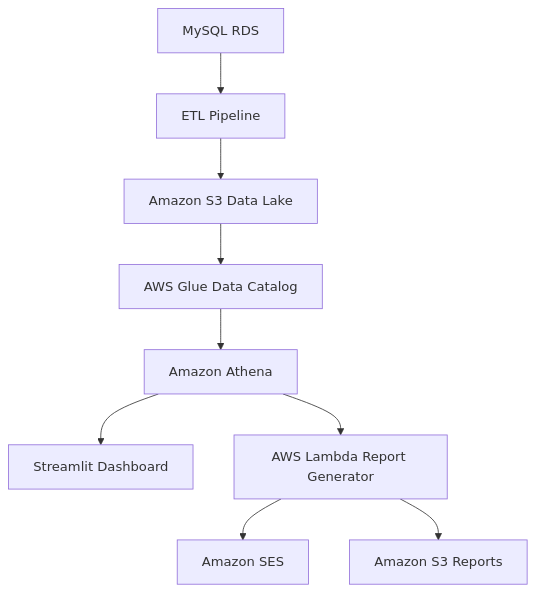
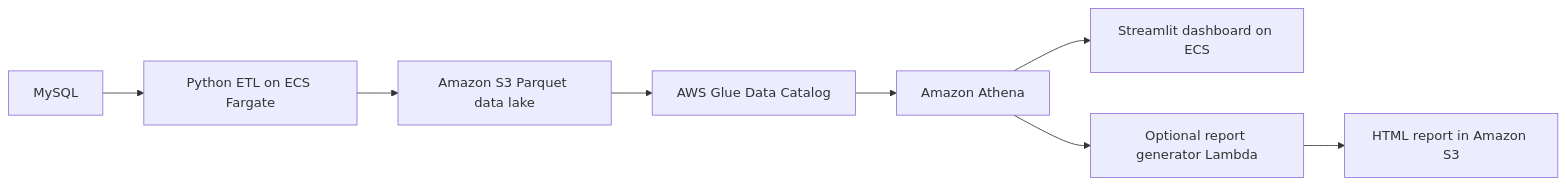
One commit to Nassim-Assassi/Catering-Fleet-Data-Migration-and-Analytics-Platform changed the diagram in README.md. Above: the diagram before and after it, drawn with Mermaid. The commit also changed other lines of this file and 5 other files, not shown here.

````diff
--- a/README.md
+++ b/README.md
@@ -57,11 +28,10 @@
 ```mermaid
-flowchart TD
-    A[MySQL RDS] --> B[ETL Pipeline]
-    B --> C[Amazon S3 Data Lake]
+flowchart LR
+    A[MySQL] --> B[Python ETL on ECS Fargate]
+    B --> C[Amazon S3 Parquet data lake]
     C --> D[AWS Glue Data Catalog]
     D --> E[Amazon Athena]
-    E --> F[Streamlit Dashboard]
-    E --> G[AWS Lambda Report Generator]
-    G --> H[Amazon SES]
-    G --> I[Amazon S3 Reports]
+    E --> F[Streamlit dashboard on ECS]
+    E --> G[Optional report generator Lambda]
+    G --> H[HTML report in Amazon S3]
 ```
````
